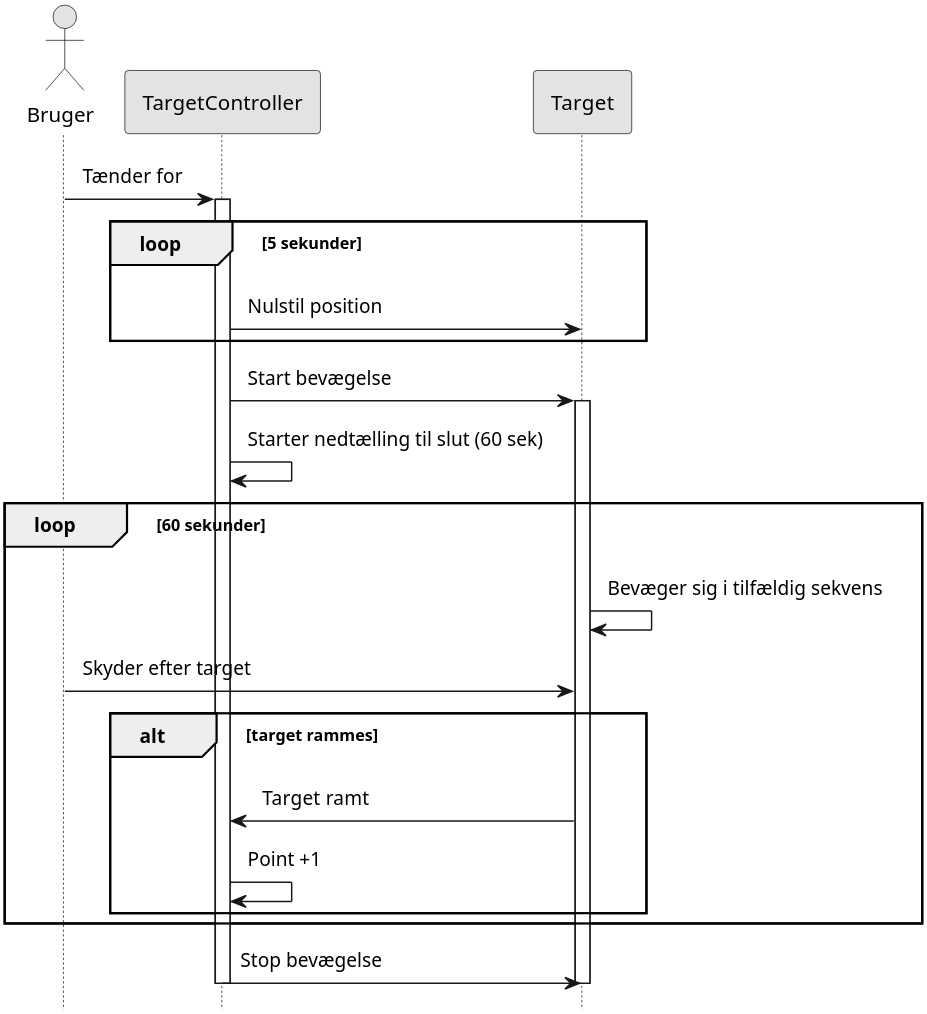
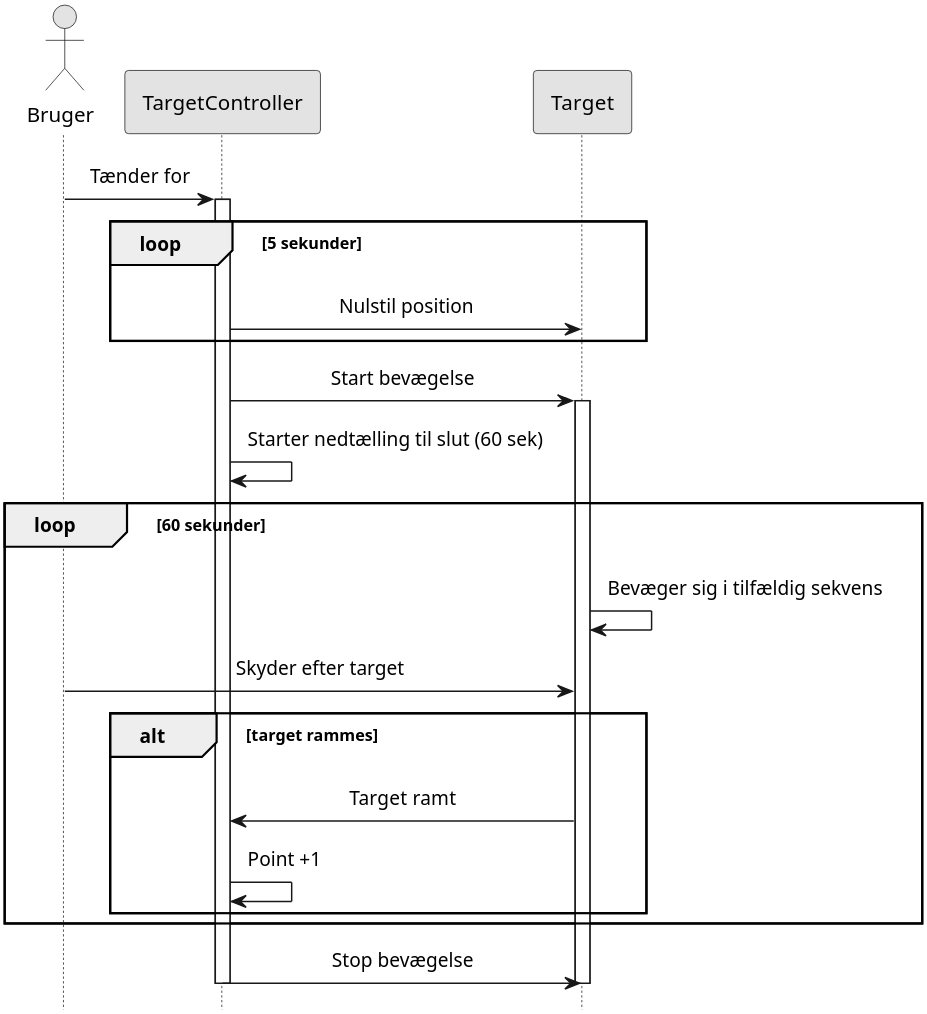
Before and after one commit to LasseKrarup/Laser-Tag-Project: the diagram in PlantUML/ssd_uc1.plantuml, drawn with PlantUML. The commit also changed 3 other files, not shown here.

Commit message:
Added png files and uc diagram

```diff
--- a/PlantUML/ssd_uc1.plantuml
+++ b/PlantUML/ssd_uc1.plantuml
@@ -1,38 +1,44 @@
 @startuml systemsekvensdiagram-uc1
 
 hide footbox
-skinparam monochrome true
-skinparam dpi 300
-skinparam padding 5
 
-actor Bruger
+skinparam {
+    monochrome true
+    dpi 300
+    padding 5
+    sequenceMessageAlign center
+    packageStyle frame
+    'backgroundColor transparent
+}
+
+actor Bruger as user
 participant "TargetController" as tgtCtrl
 participant "Target" as tgt
 
 '== Use case 1 ==
 
-Bruger -> tgtCtrl: Tænder for
+user -> tgtCtrl: Tænder for
 activate tgtCtrl
 loop 5 sekunder
     tgtCtrl -> tgt: Nulstil position
 end
 tgtCtrl -> tgt: Start bevægelse
 activate tgt
 
 tgtCtrl -> tgtCtrl: Starter nedtælling til slut (60 sek)
 
 loop 60 sekunder
     tgt -> tgt: Bevæger sig i tilfældig sekvens
-    Bruger -> tgt: Skyder efter target
+    user -> tgt: Skyder efter target
 
     alt target rammes
         tgtCtrl <- tgt: Target ramt
         tgtCtrl -> tgtCtrl: Point +1
     end
 end
 
 tgtCtrl -> tgt: Stop bevægelse
 deactivate tgt
 deactivate tgtCtrl
 
 @enduml
```
